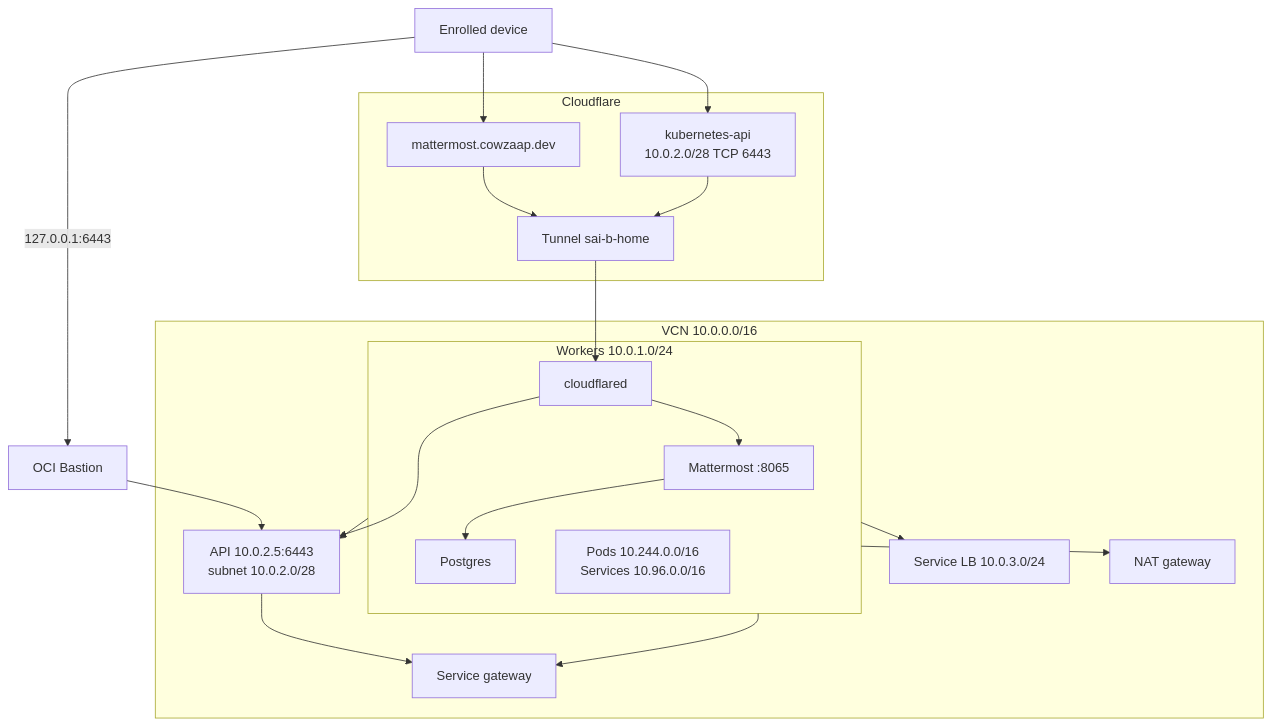
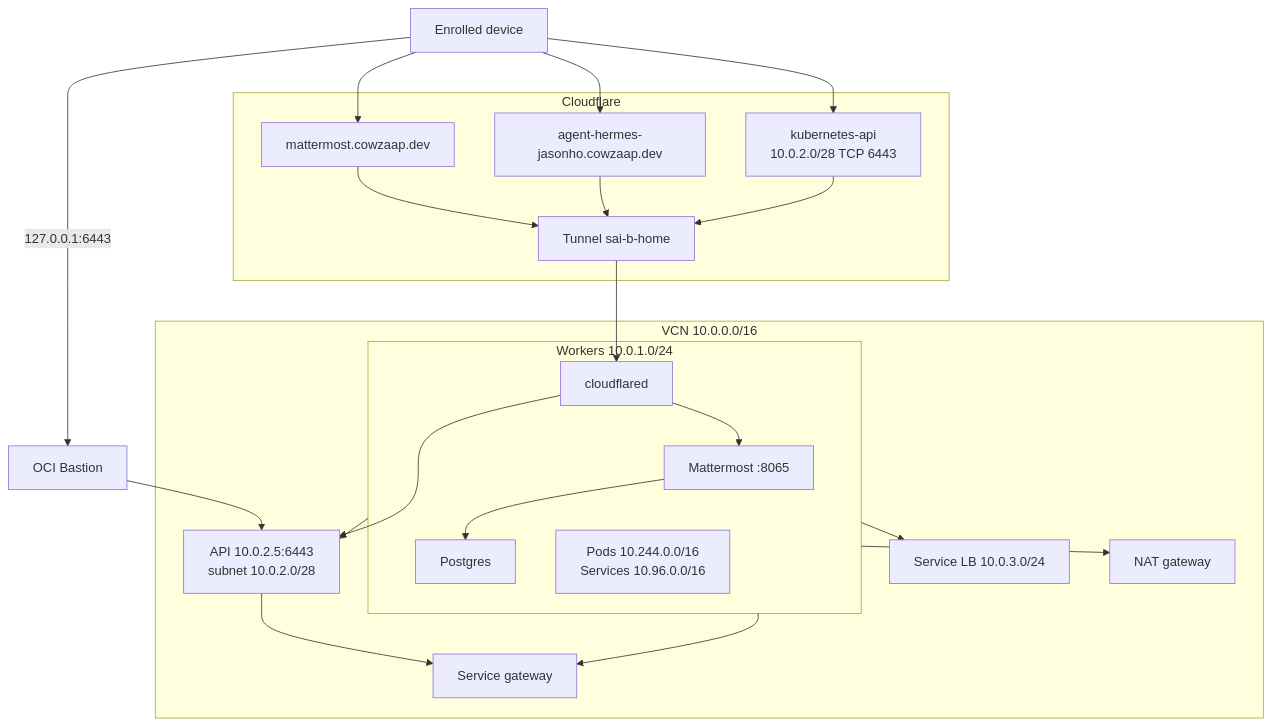
One commit to jasonho215/sai-b-home-infra changed the second of 2 diagrams in README.md. Above: the diagram before and after it, drawn with Mermaid. The commit also changed other lines of this file and 11 other files, not shown here.

````diff
--- a/README.md
+++ b/README.md
@@ -52,36 +55,38 @@
 ```mermaid
 flowchart TB
   device["Enrolled device"]
   bastion["OCI Bastion"]
 
   subgraph edge["Cloudflare"]
     mm["mattermost.cowzaap.dev"]
+    hermesHost["agent-hermes-jasonho.cowzaap.dev"]
     kapi["kubernetes-api<br/>10.0.2.0/28 TCP 6443"]
     tunnel["Tunnel sai-b-home"]
   end
 
   subgraph vcn["VCN 10.0.0.0/16"]
     subgraph workers["Workers 10.0.1.0/24"]
       connector["cloudflared"]
       app["Mattermost :8065"]
       db["Postgres"]
       overlay["Pods 10.244.0.0/16<br/>Services 10.96.0.0/16"]
     end
     api["API 10.0.2.5:6443<br/>subnet 10.0.2.0/28"]
     lb["Service LB 10.0.3.0/24"]
     nat["NAT gateway"]
     sgw["Service gateway"]
   end
 
   device --> mm --> tunnel
+  device --> hermesHost --> tunnel
   device --> kapi --> tunnel
   device -->|"127.0.0.1:6443"| bastion --> api
   tunnel --> connector
   connector --> app --> db
   connector --> api
   workers --> api
   workers --> lb
   workers --> nat
   workers --> sgw
   api --> sgw
 ```
````
